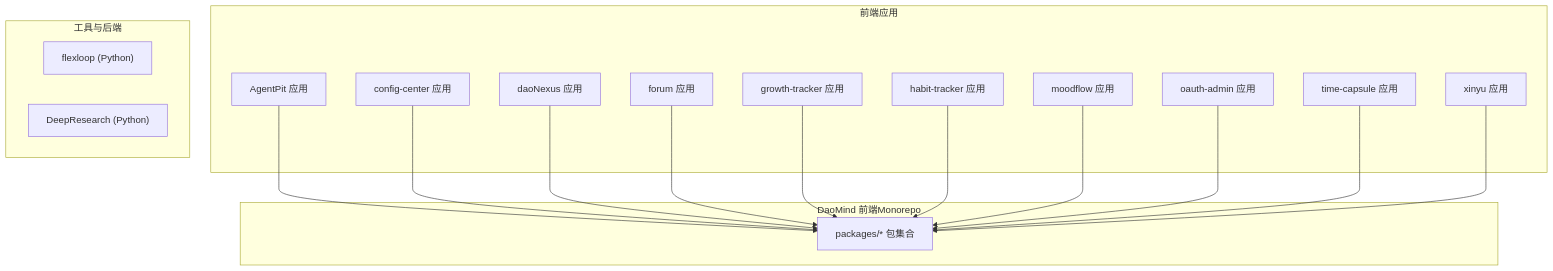
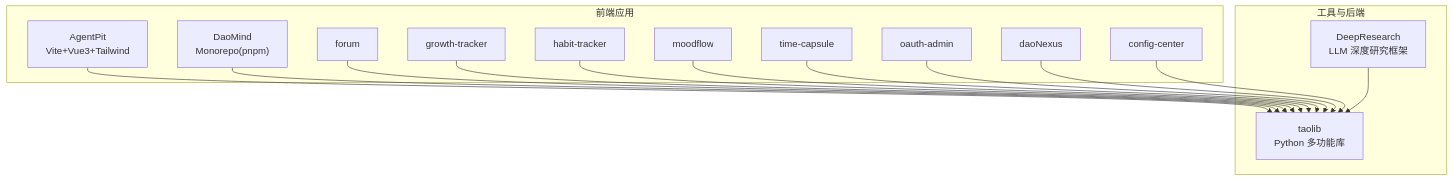
Before and after one commit to daoApps/daoApps: the first of 7 diagrams in .qoder/repowiki/zh/content/开发者指南/开发者指南.md, drawn with Mermaid. The commit also changed other lines of this file and 205 other files, not shown here.

````diff
--- a/.qoder/repowiki/zh/content/开发者指南/开发者指南.md
+++ b/.qoder/repowiki/zh/content/开发者指南/开发者指南.md
@@ -43,32 +43,30 @@
 ```mermaid
 graph TB
 subgraph "前端应用"
-AgentPit["AgentPit 应用"]
-ConfigCenter["config-center 应用"]
-DaoNexus["daoNexus 应用"]
-Forum["forum 应用"]
-GrowthTracker["growth-tracker 应用"]
-HabitTracker["habit-tracker 应用"]
-Moodflow["moodflow 应用"]
-OAuthAdmin["oauth-admin 应用"]
-TimeCapsule["time-capsule 应用"]
-Xinyu["xinyu 应用"]
-end
-subgraph "DaoMind 前端Monorepo"
-DM_Packages["packages/* 包集合"]
+AP["AgentPit<br/>Vite+Vue3+Tailwind"]
+DM["DaoMind<br/>Monorepo(pnpm)"]
+FORUM["forum"]
+GT["growth-tracker"]
+HT["habit-tracker"]
+MF["moodflow"]
+TC["time-capsule"]
+OA["oauth-admin"]
+NX["daoNexus"]
+CC["config-center"]
 end
 subgraph "工具与后端"
-Flexloop["flexloop (Python)"]
-DeepResearch["DeepResearch (Python)"]
+TAOLIB["taolib<br/>Python 多功能库"]
+DR["DeepResearch<br/>LLM 深度研究框架"]
 end
-AgentPit --> DM_Packages
-ConfigCenter --> DM_Packages
-DaoNexus --> DM_Packages
-Forum --> DM_Packages
-GrowthTracker --> DM_Packages
-HabitTracker --> DM_Packages
-Moodflow --> DM_Packages
-OAuthAdmin --> DM_Packages
-TimeCapsule --> DM_Packages
-Xinyu --> DM_Packages
+AP --> TAOLIB
+DM --> TAOLIB
+FORUM --> TAOLIB
+GT --> TAOLIB
+HT --> TAOLIB
+MF --> TAOLIB
+TC --> TAOLIB
+OA --> TAOLIB
+NX --> TAOLIB
+CC --> TAOLIB
+DR --> TAOLIB
 ```
````
